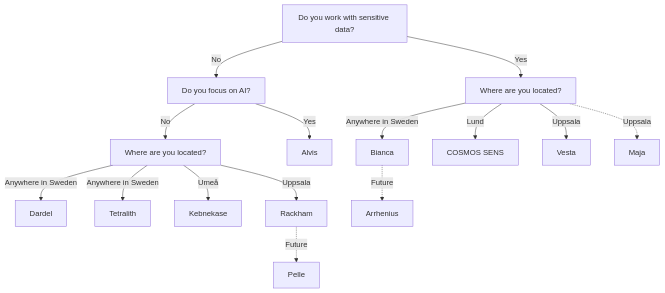
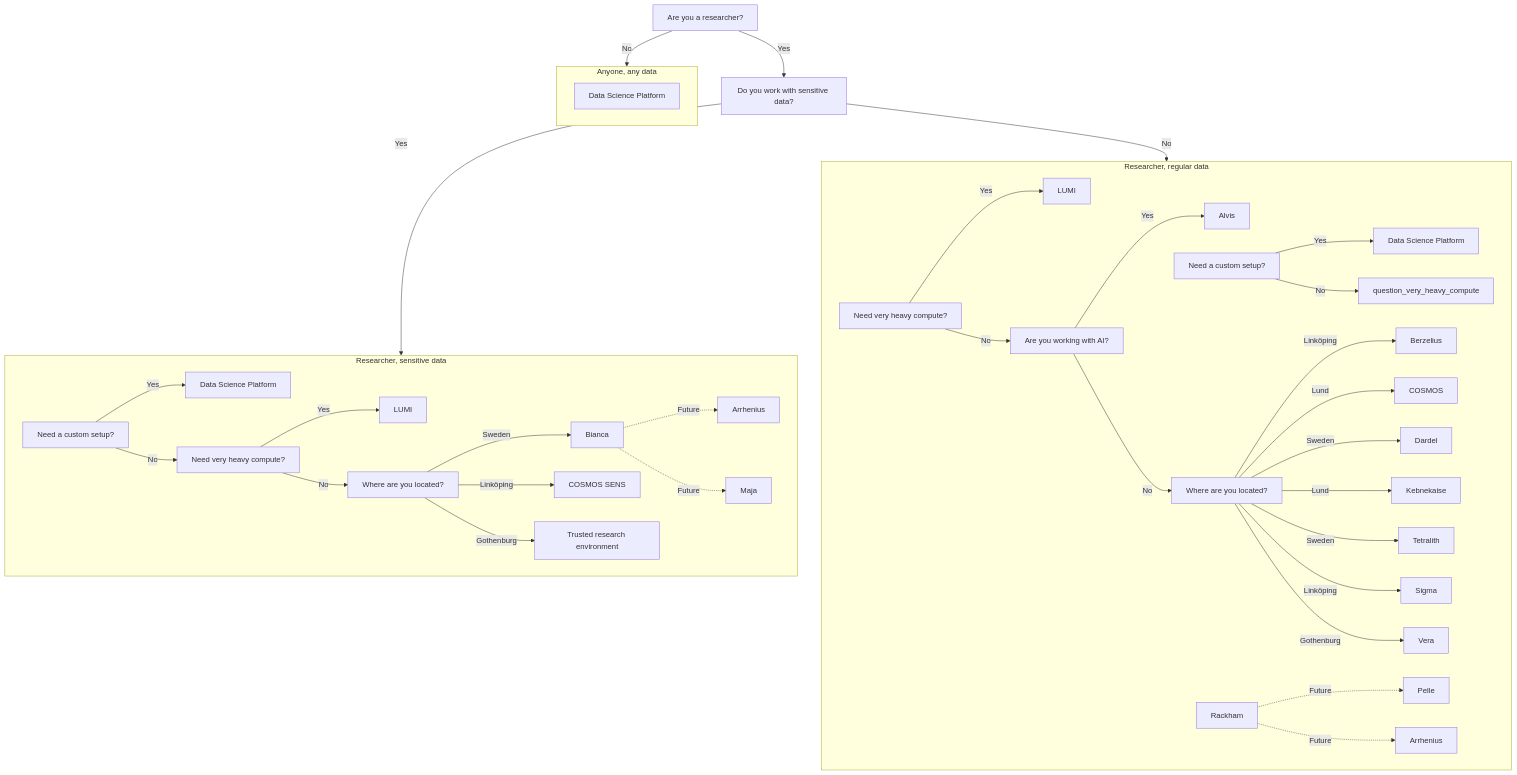
One commit to NBISweden/SCoRe_user_doc changed the diagram in docs/compute.md. Above: the diagram before and after it, drawn with Mermaid. The commit also changed other lines of this file and 3 other files, not shown here.

````diff
--- a/docs/compute.md
+++ b/docs/compute.md
@@ -15,37 +15,84 @@
 ```mermaid
 flowchart TD
-  sensitive_data[Do you work with sensitive data?]
-  compute_ai[Do you focus on AI?]
 
-  sens_compute_location[Where are you located?]
-  compute_location[Where are you located?]
+  subgraph researcher_on_sensitive_data[Researcher, sensitive data]
+    arrhenius_rs[Arrhenius]
+    bianca[Bianca]
+    cosmos_sens[COSMOS SENS]    
+    data_science_platform_rs[Data Science Platform]
+    lumi_rs[LUMI]
+    maja[Maja]
+    trusted_research_environment_rs[Trusted research environment]
 
-  alvis[Alvis]
-  arrhenius[Arrhenius]
-  bianca[Bianca]
-  cosmos_sens[COSMOS SENS]
-  dardel[Dardel]
-  maja[Maja]
-  rackham[Rackham]
-  pelle[Pelle]
-  tetralith[Tetralith]
-  vesta[Vesta]
+    question_custom_rs[Need a custom setup?]
+    question_custom_rs --> |Yes| data_science_platform_rs
+    question_custom_rs --> |No| question_very_heavy_compute_rs
 
-  sensitive_data --> |No| compute_ai
-  sensitive_data --> |Yes| sens_compute_location
+    question_very_heavy_compute_rs[Need very heavy compute?]
+    question_very_heavy_compute_rs --> |Yes| lumi_rs
+    question_very_heavy_compute_rs --> |No| question_where_rs
 
-  compute_ai --> |No| compute_location
-  compute_ai --> |Yes| alvis
+    question_where_rs[Where are you located?]
+    question_where_rs --> |Sweden| bianca
+    question_where_rs --> |Linköping| cosmos_sens
+    question_where_rs --> |Gothenburg| trusted_research_environment_rs
 
-  compute_location --> |Anywhere in Sweden| dardel
-  compute_location --> |Anywhere in Sweden| tetralith
-  compute_location --> |Umeå| Kebnekase
-  compute_location --> |Uppsala| rackham
-  rackham -.-> |Future| pelle
+    bianca -.-> |Future| maja
+    bianca -.-> |Future| arrhenius_rs
 
-  sens_compute_location --> |Anywhere in Sweden| bianca
-  sens_compute_location --> |Lund| cosmos_sens
-  sens_compute_location --> |Uppsala| vesta
-  sens_compute_location -.-> |Uppsala| maja
-  bianca -.-> |Future| arrhenius
+  end
+
+  subgraph researcher_on_regular_data[Researcher, regular data]
+    alvis[Alvis]
+    arrhenius_rr[Arrhenius]
+    berzelius[Berzelius]
+    cosmos[COSMOS]
+    dardel[Dardel]
+    data_science_platform_rr[Data Science Platform]
+    kebnekaise[Kebnekaise]
+    lumi[LUMI]
+    pelle[Pelle]
+    rackham[Rackham]
+    sigma[Sigma]
+    tetralith[Tetralith]
+    vera[Vera]
+
+    question_custom_rr[Need a custom setup?]
+    question_custom_rr --> |Yes| data_science_platform_rr
+    question_custom_rr --> |No| question_very_heavy_compute
+
+    question_very_heavy_compute_rr[Need very heavy compute?]
+    question_very_heavy_compute_rr --> |Yes| lumi
+    question_very_heavy_compute_rr --> |No| question_ai
+
+    question_ai[Are you working with AI?]
+    question_ai --> |Yes| alvis
+    question_ai --> |No| question_where_rr
+
+    question_where_rr[Where are you located?]
+    question_where_rr --> |Linköping| berzelius
+    question_where_rr --> |Lund| cosmos
+    question_where_rr --> |Sweden| dardel
+    question_where_rr --> |Lund| kebnekaise
+    question_where_rr --> |Sweden| tetralith
+    question_where_rr --> |Linköping| sigma
+    question_where_rr --> |Gothenburg| vera
+
+    rackham -.-> |Future| pelle
+    rackham -.-> |Future| arrhenius_rr
+
+  end
+  
+  subgraph anyone_on_any_data[Anyone, any data]
+    aa_data_science_platform[Data Science Platform]
+  end
+
+  job_question[Are you a researcher?]
+
+  job_question --> |No| anyone_on_any_data
+  job_question --> |Yes| sensitivity_question
+
+  sensitivity_question[Do you work with sensitive data?]
+  sensitivity_question --> |Yes| researcher_on_sensitive_data
+  sensitivity_question --> |No| researcher_on_regular_data
 ```
````
